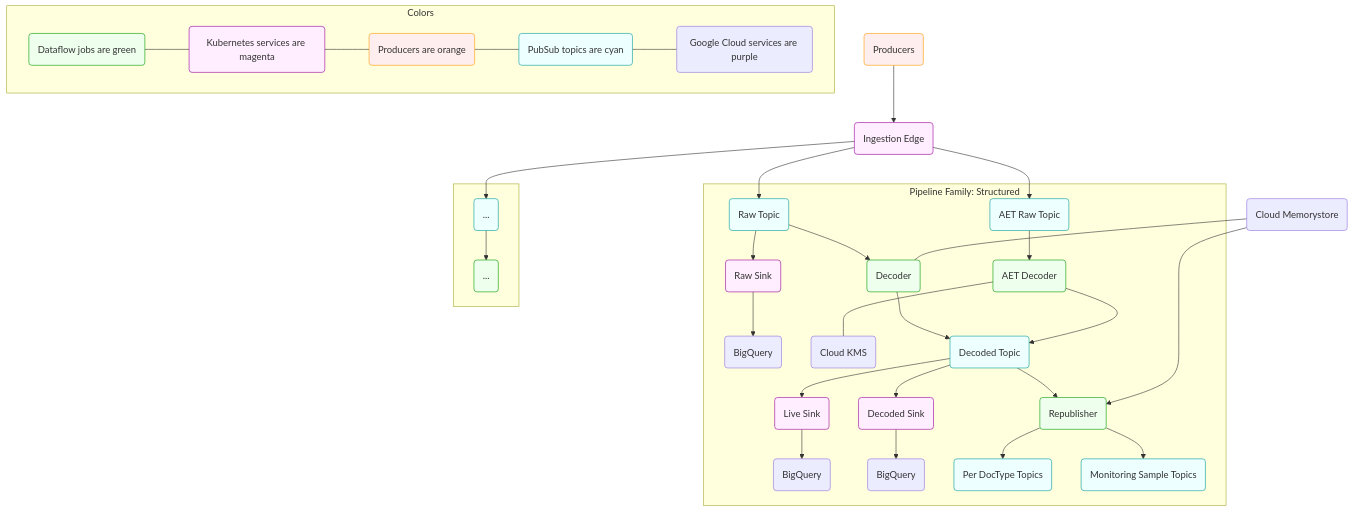
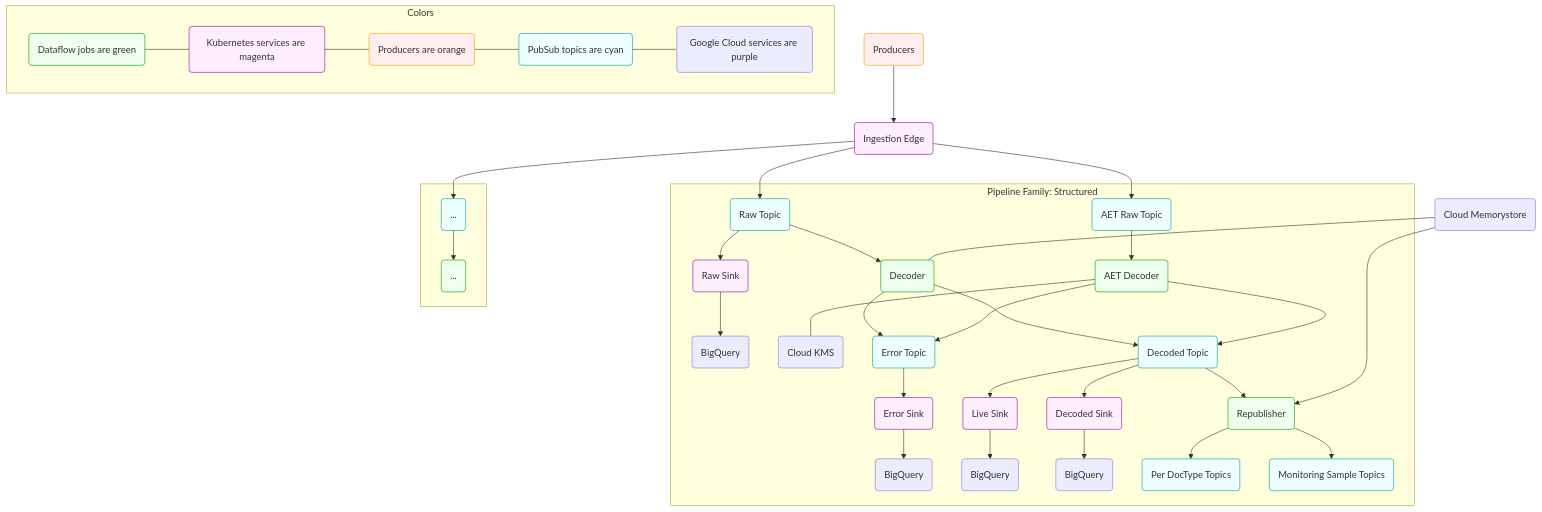
Before and after one commit to mozilla/gcp-ingestion: the diagram in docs/architecture/diagram.mmd, drawn with Mermaid. The commit also changed 1 other file, not shown here.

Commit message:
Add error topic and sink

```diff
--- a/docs/architecture/diagram.mmd
+++ b/docs/architecture/diagram.mmd
@@ -1,60 +1,64 @@
 %% To install the mmdc command run:
 %%   npm install -g mermaid.cli
 %% To update this file run:
 %%   mmdc -i diagram.mmd -o diagram.svg
 %% Or use the docker wrapper in this repo (from the top-level directory):
 %%   ./bin/update-diagrams
 
 graph TD
 
 f1(Producers) --> k1(Ingestion Edge)
 k1 --> p1(Raw Topic)
 k1 --> p1aet(AET Raw Topic)
 k1 --> p99(...)
 
 subgraph Pipeline Family: Structured
     p1 --> k2(Raw Sink)
     k2 --> c1(BigQuery)
     p1 --> d2(Decoder)
     p1aet --> d2aet(AET Decoder)
     d2aet --- m2(Cloud KMS)
     d2 --> p2(Decoded Topic)
+    d2 --> p2err(Error Topic)
+    p2err --> d3err(Error Sink)
+    d3err --> berr(BigQuery)
     d2aet --> p2
+    d2aet --> p2err
     p2 --> d3(Live Sink)
     d3 --> b1(BigQuery)
     p2 --> k3(Decoded Sink)
     k3 --> c2(BigQuery)
     p2 --> d5(Republisher)
     d5 --> p5(Per DocType Topics)
     d5 --> p6(Monitoring Sample Topics)
 end
 
 subgraph .
    p99 --> d99(...)
 end
 
 m1 --> d5
 m1(Cloud Memorystore) --- d2
 
 subgraph Colors
     d(Dataflow jobs are green)
     k(Kubernetes services are magenta)
     f(Producers are orange)
     p(PubSub topics are cyan)
     g(Google Cloud services are purple)
 
     %% connect them to make the key vertical
     d --- k
     k --- f
     f --- p
     p --- g
 end
 
 classDef cyan fill:#eff,stroke:#099;
 classDef green fill:#efe,stroke:#090;
 classDef magenta fill:#fef,stroke:#909;
 classDef orange fill:#fee,stroke:#f90;
-class p,p0,p1,p1aet,p2,p3,p4,p5,p6,p99 cyan
+class p,p0,p1,p1aet,p2,p2err,p3,p4,p5,p6,p99 cyan
 class d,d0,d2,d2aet,d5,d99 green
-class k,k0,k1,k2,k3,d3 magenta
+class k,k0,k1,k2,k3,d3,d3err magenta
 class f,f1 orange
```
